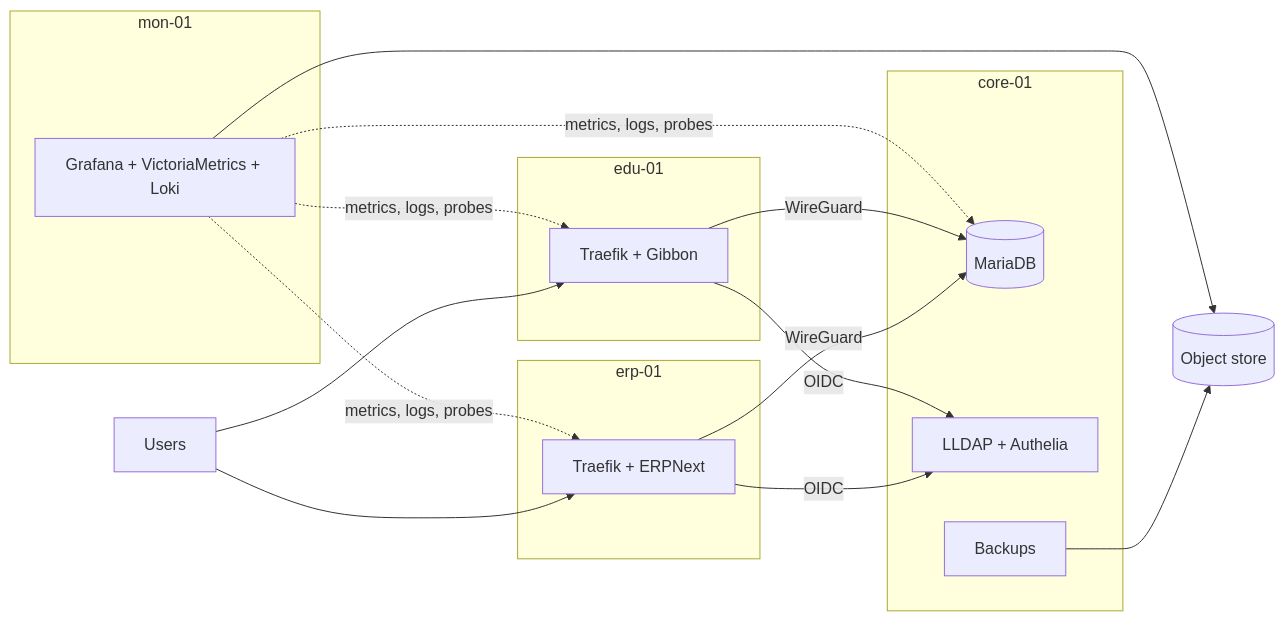
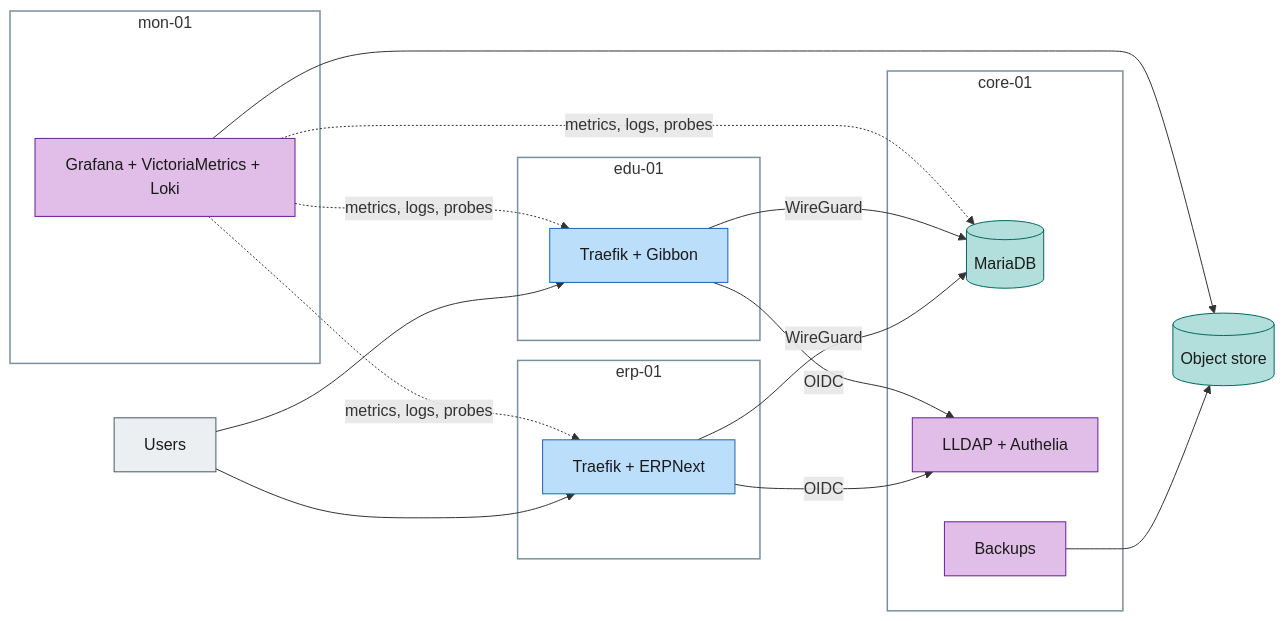
The third of 23 diagrams in master-plan.md (varunpathania86/nigu-lite), drawn with Mermaid before and after one commit. The commit also changed other lines of this file and 38 other files, not shown here.

````diff
--- a/master-plan.md
+++ b/master-plan.md
@@ -144,23 +169,35 @@
 ```mermaid
 flowchart LR
   U[Users] --> E1 & ED
   subgraph erp01["erp-01"]
     E1["Traefik + ERPNext"]
   end
   subgraph edu01["edu-01"]
     ED["Traefik + Gibbon"]
   end
   subgraph core01["core-01"]
     DB[("MariaDB")]
     ID["LLDAP + Authelia"]
     BK[Backups]
   end
   subgraph mon01["mon-01"]
     G["Grafana + VictoriaMetrics + Loki"]
   end
   E1 & ED -->|WireGuard| DB
   E1 & ED -->|OIDC| ID
   BK --> S3[("Object store")]
   G -.->|"metrics, logs, probes"| E1 & ED & DB
   G --> S3
+  class U user
+  class E1,ED app
+  class ID,BK,G core
+  class DB,S3 data
+  style erp01 fill:transparent,stroke:#78909c,stroke-width:1.5px
+  style edu01 fill:transparent,stroke:#78909c,stroke-width:1.5px
+  style core01 fill:transparent,stroke:#78909c,stroke-width:1.5px
+  style mon01 fill:transparent,stroke:#78909c,stroke-width:1.5px
+  classDef user fill:#eceff1,stroke:#455a64,color:#1a1a1a
+  classDef app fill:#bbdefb,stroke:#1565c0,color:#1a1a1a
+  classDef core fill:#e1bee7,stroke:#6a1b9a,color:#1a1a1a
+  classDef data fill:#b2dfdb,stroke:#00695c,color:#1a1a1a
 ```
````
